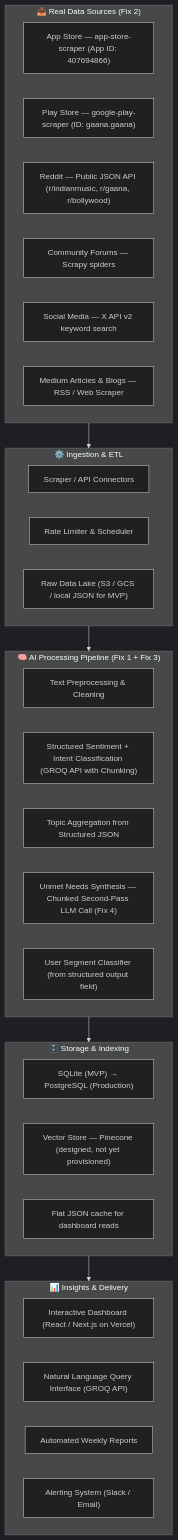
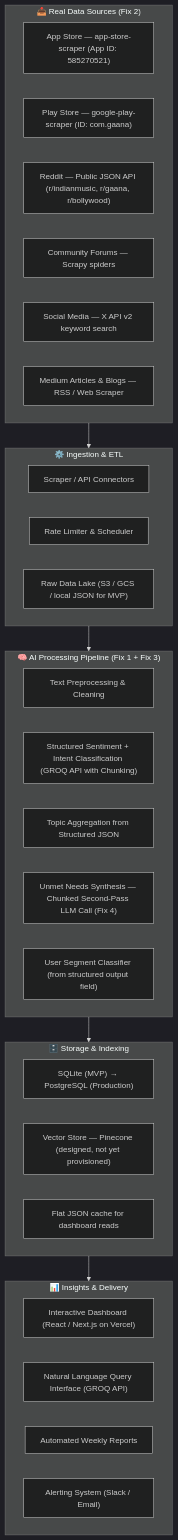
One commit to arj009/GaanaDiscoveryEngine changed the first of 2 diagrams in docs/AI_Workflow_and_Architecture.md. Above: the diagram before and after it, drawn with Mermaid (dark theme). The commit also changed other lines of this file and 7 other files, not shown here.

````diff
--- a/docs/AI_Workflow_and_Architecture.md
+++ b/docs/AI_Workflow_and_Architecture.md
@@ -16,43 +73,43 @@
 ```mermaid
 graph TB
     subgraph Sources["📥 Real Data Sources (Fix 2)"]
-        A1["App Store — app-store-scraper (App ID: 407694866)"]
-        A2["Play Store — google-play-scraper (ID: gaana.gaana)"]
+        A1["App Store — app-store-scraper (App ID: 585270521)"]
+        A2["Play Store — google-play-scraper (ID: com.gaana)"]
         A3["Reddit — Public JSON API (r/indianmusic, r/gaana, r/bollywood)"]
         A4["Community Forums — Scrapy spiders"]
         A5["Social Media — X API v2 keyword search"]
         A6["Medium Articles & Blogs — RSS / Web Scraper"]
     end
 
     subgraph Ingestion["⚙️ Ingestion & ETL"]
         B1["Scraper / API Connectors"]
         B2["Rate Limiter & Scheduler"]
         B3["Raw Data Lake (S3 / GCS / local JSON for MVP)"]
     end
 
     subgraph Processing["🧠 AI Processing Pipeline (Fix 1 + Fix 3)"]
         C1["Text Preprocessing & Cleaning"]
         C2["Structured Sentiment + Intent Classification (GROQ API with Chunking)"]
         C3["Topic Aggregation from Structured JSON"]
         C4["Unmet Needs Synthesis — Chunked Second-Pass LLM Call (Fix 4)"]
         C5["User Segment Classifier (from structured output field)"]
     end
 
     subgraph Storage["🗄️ Storage & Indexing"]
         D1["SQLite (MVP) → PostgreSQL (Production)"]
         D2["Vector Store — Pinecone (designed, not yet provisioned)"]
         D3["Flat JSON cache for dashboard reads"]
     end
 
     subgraph Insights["📊 Insights & Delivery"]
         E1["Interactive Dashboard (React / Next.js on Vercel)"]
         E2["Natural Language Query Interface (GROQ API)"]
         E3["Automated Weekly Reports"]
         E4["Alerting System (Slack / Email)"]
     end
 
     Sources --> Ingestion
     Ingestion --> Processing
     Processing --> Storage
     Storage --> Insights
 ```
````
